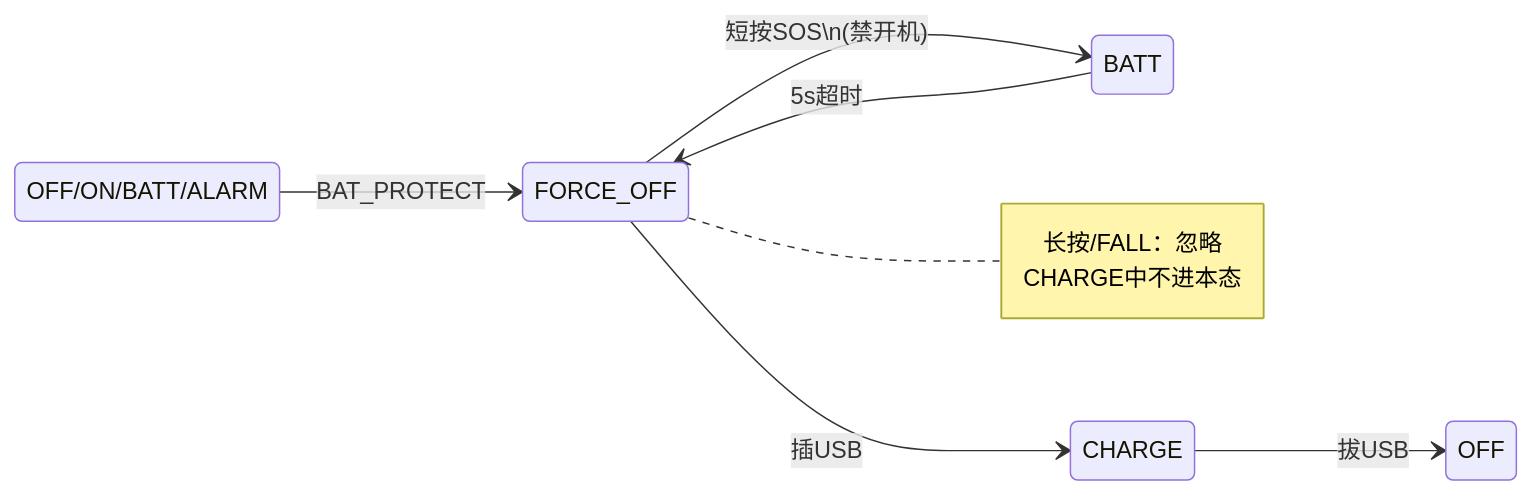
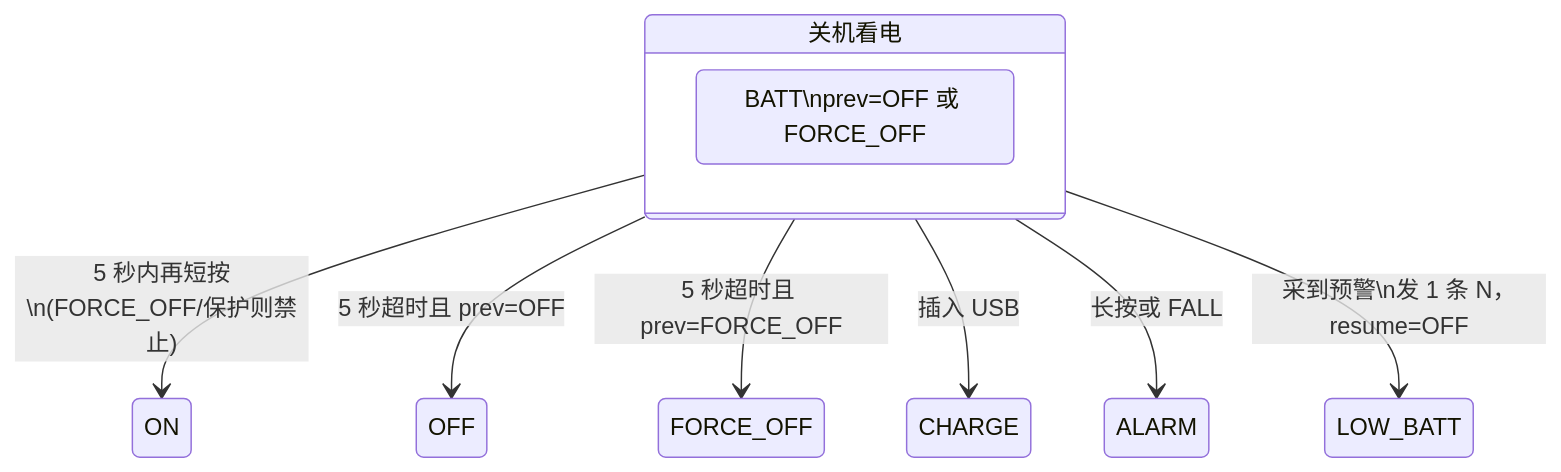
Before and after one commit to fenglong2018/MB-A01-PRO: the second of 10 diagrams in app/mode/fsm.md, drawn with Mermaid. The commit also changed other lines of this file and 133 other files, not shown here.

````diff
--- a/app/mode/fsm.md
+++ b/app/mode/fsm.md
@@ -129,15 +74,12 @@
 ```mermaid
 stateDiagram-v2
-    direction LR
-
-    state "OFF/ON/BATT/ALARM" as Work
-    Work --> FORCE_OFF: BAT_PROTECT
-    FORCE_OFF --> BATT: 短按SOS\n(禁开机)
-    BATT --> FORCE_OFF: 5s超时
-    FORCE_OFF --> CHARGE: 插USB
-    CHARGE --> OFF: 拔USB
-    note right of FORCE_OFF
-      长按/FALL：忽略
-      CHARGE中不进本态
-    end note
+    state "关机看电" as PeekOff {
+        BATT_off: BATT\nprev=OFF 或 FORCE_OFF
+    }
+    PeekOff --> ON: 5 秒内再短按\n(FORCE_OFF/保护则禁止)
+    PeekOff --> OFF: 5 秒超时且 prev=OFF
+    PeekOff --> FORCE_OFF: 5 秒超时且 prev=FORCE_OFF
+    PeekOff --> CHARGE: 插入 USB
+    PeekOff --> ALARM: 长按或 FALL
+    PeekOff --> LOW_BATT: 采到预警\n发 1 条 N，resume=OFF
 ```
````
